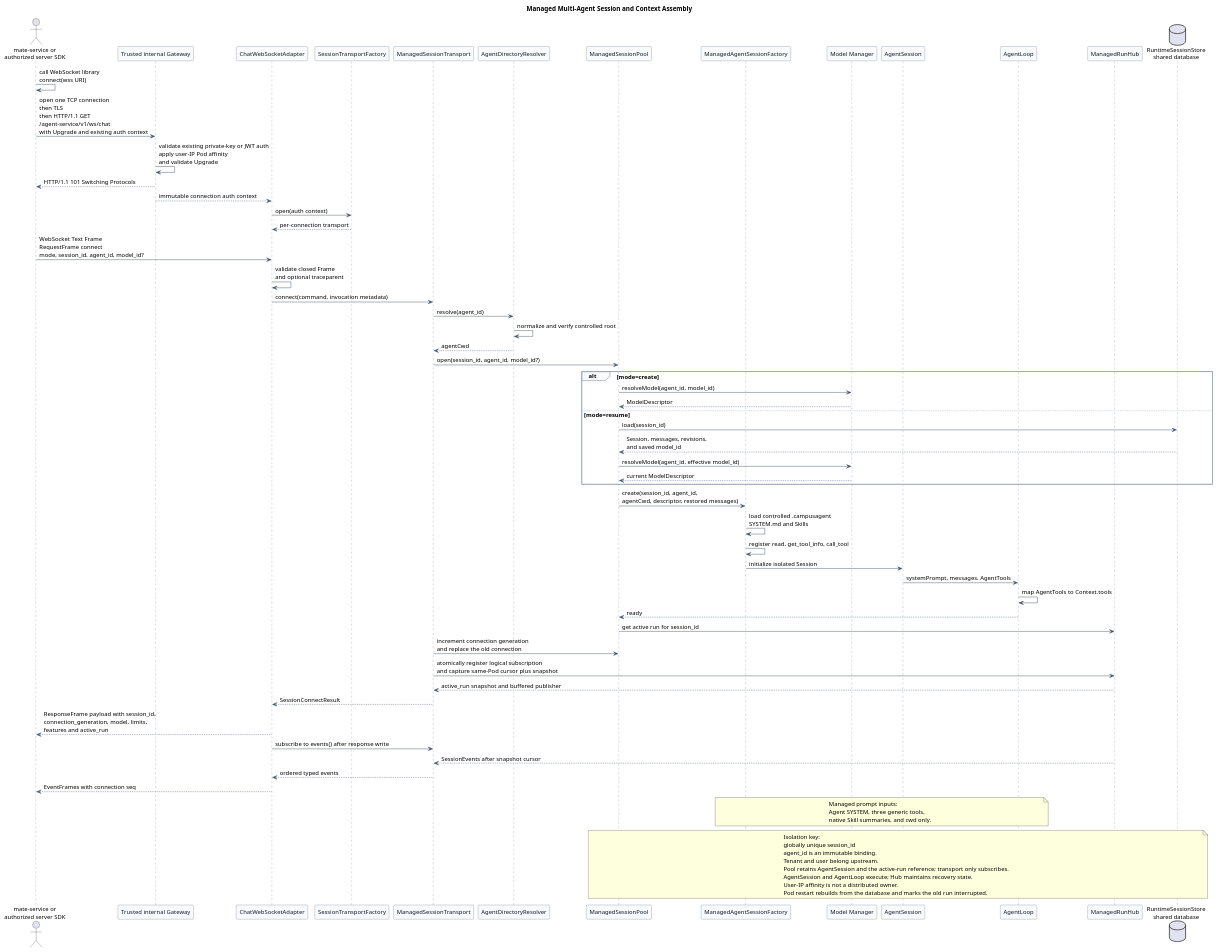
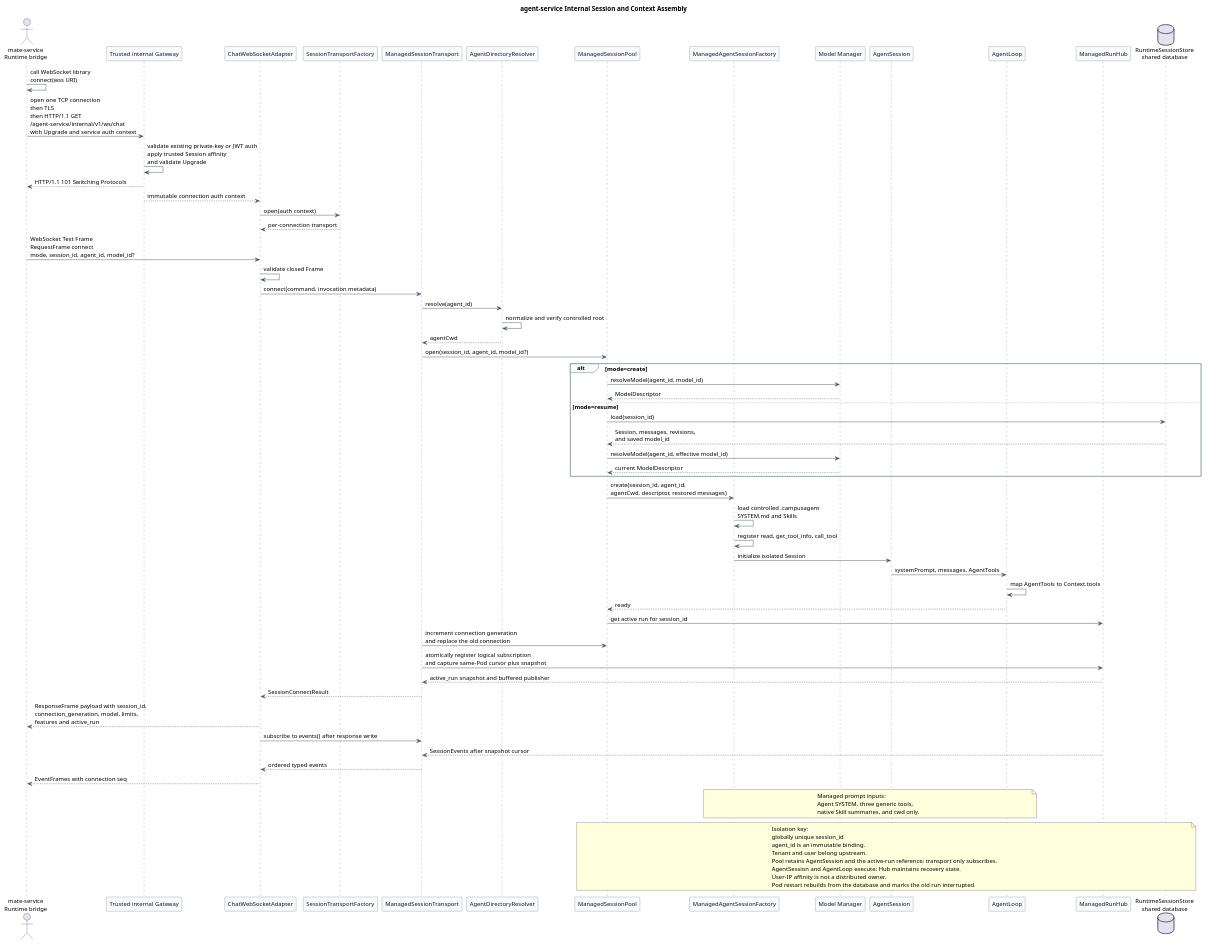
One commit to superheromeZzh/pi-mono-java-design changed the third of 9 diagrams in pi-mono-java-manager-driven-multi-agent-runtime/diagram.puml. Above: the diagram before and after it, drawn with PlantUML. The commit also changed other lines of this file and 35 other files, not shown here.

Commit message:
docs(agent): define public chat gateway boundary

```diff
--- a/pi-mono-java-manager-driven-multi-agent-runtime/diagram.puml
+++ b/pi-mono-java-manager-driven-multi-agent-runtime/diagram.puml
@@ -89,113 +150,113 @@
 @startuml managed_session_context_assembly
-title Managed Multi-Agent Session and Context Assembly
+title agent-service Internal Session and Context Assembly
 
 ' Source evidence:
 ' pi-mono packages/ai/src/types.ts: Context
 ' pi-mono packages/coding-agent/src/core/system-prompt.ts: buildSystemPrompt
 ' pi-mono-java modules/coding-agent-cli/src/main/java/com/campusclaw/codingagent/session/AgentSession.java: initialize
 ' pi-mono-java modules/coding-agent-cli/src/main/java/com/campusclaw/codingagent/mode/server/SessionPool.java: getOrCreate
 ' pi-mono-java modules/coding-agent-cli/src/main/java/com/campusclaw/codingagent/mode/server/ServerMode.java: websocket route
 ' pi-mono-java modules/coding-agent-cli/src/main/java/com/campusclaw/codingagent/mode/server/ChatWebSocketHandler.java: handle
 ' pi-mono-java modules/agent-core/src/main/java/com/campusclaw/agent/loop/AgentLoop.java: invokeModel, toLlmTools
 ' Observed behavior: Java currently reads conversation_id during Upgrade and uses one base cwd.
 ' Java divergence: v2 authenticates Upgrade and maps closed Frames to a server-side SessionTransport.
 ' Architecture change: ManagedSessionTransport owns logical connection state; WebSocket is an adapter.
 ' Target design: globally unique session_id is the only SessionPool key; tenant and user stay upstream.
 ' Target design: a wss URI starts establishment; HTTP 101 establishes WebSocket transport.
 ' Target design: HTTP Upgrade and the first connect RequestFrame are separate protocol phases.
-' Target design: trusted Gateway authentication and user-IP affinity precede agent-service.
+' Target design: mate-service is the internal Runtime client and supplies trusted session-affinity metadata.
 ' Target design: one Pod owns one active connection generation per Session.
 ' Target design: database history is authoritative; no target Session JSONL is generated.
 ' Design reason: isolate prompt, model, tool, persistence, and run recovery across Agents.
 
 skinparam backgroundColor #FFFFFF
 skinparam shadowing false
 skinparam defaultFontName Arial
 skinparam defaultFontSize 13
 skinparam participant {
   BackgroundColor #F8FAFC
   BorderColor #475569
   FontColor #0F172A
 }
 skinparam ArrowColor #475569
 skinparam sequence {
   LifeLineBorderColor #64748B
   LifeLineBackgroundColor #F8FAFC
   GroupBorderColor #94A3B8
   GroupBackgroundColor #F8FAFC
 }
 
-actor "mate-service or\nauthorized server SDK" as Client
+actor "mate-service\nRuntime bridge" as Client
 participant "Trusted internal Gateway" as Auth
 participant "ChatWebSocketAdapter" as WS
 participant "SessionTransportFactory" as TransportFactory
 participant "ManagedSessionTransport" as Transport
 participant "AgentDirectoryResolver" as Resolver
 participant "ManagedSessionPool" as Pool
 participant "ManagedAgentSessionFactory" as Factory
 participant "Model Manager" as ModelManager
 participant "AgentSession" as Session
 participant "AgentLoop" as Loop
 participant "ManagedRunHub" as Hub
 database "RuntimeSessionStore\nshared database" as Store
 
 Client -> Client : call WebSocket library\nconnect(wss URI)
-Client -> Auth : open one TCP connection\nthen TLS\nthen HTTP/1.1 GET\n/agent-service/v1/ws/chat\nwith Upgrade and existing auth context
-Auth -> Auth : validate existing private-key or JWT auth\napply user-IP Pod affinity\nand validate Upgrade
+Client -> Auth : open one TCP connection\nthen TLS\nthen HTTP/1.1 GET\n/agent-service/internal/v1/ws/chat\nwith Upgrade and service auth context
+Auth -> Auth : validate existing private-key or JWT auth\napply trusted Session affinity\nand validate Upgrade
 Auth --> Client : HTTP/1.1 101 Switching Protocols
 Auth --> WS : immutable connection auth context
 WS -> TransportFactory : open(auth context)
 TransportFactory --> WS : per-connection transport
 Client -> WS : WebSocket Text Frame\nRequestFrame connect\nmode, session_id, agent_id, model_id?
-WS -> WS : validate closed Frame\nand optional traceparent
+WS -> WS : validate closed Frame
 WS -> Transport : connect(command, invocation metadata)
 Transport -> Resolver : resolve(agent_id)
 Resolver -> Resolver : normalize and verify controlled root
 Resolver --> Transport : agentCwd
 Transport -> Pool : open(session_id, agent_id, model_id?)
 
 alt mode=create
   Pool -> ModelManager : resolveModel(agent_id, model_id)
   ModelManager --> Pool : ModelDescriptor
 else mode=resume
   Pool -> Store : load(session_id)
   Store --> Pool : Session, messages, revisions,\nand saved model_id
   Pool -> ModelManager : resolveModel(agent_id, effective model_id)
   ModelManager --> Pool : current ModelDescriptor
 end
 
 Pool -> Factory : create(session_id, agent_id,\nagentCwd, descriptor, restored messages)
 Factory -> Factory : load controlled .campusagent\nSYSTEM.md and Skills
 Factory -> Factory : register read, get_tool_info, call_tool
 Factory -> Session : initialize isolated Session
 Session -> Loop : systemPrompt, messages, AgentTools
 Loop -> Loop : map AgentTools to Context.tools
 Loop --> Pool : ready
 Pool -> Hub : get active run for session_id
 Transport -> Pool : increment connection generation\nand replace the old connection
 Transport -> Hub : atomically register logical subscription\nand capture same-Pod cursor plus snapshot
 Hub --> Transport : active_run snapshot and buffered publisher
 Transport --> WS : SessionConnectResult
 WS --> Client : ResponseFrame payload with session_id,\nconnection_generation, model, limits,\nfeatures and active_run
 WS -> Transport : subscribe to events() after response write
 Hub --> Transport : SessionEvents after snapshot cursor
 Transport --> WS : ordered typed events
 WS --> Client : EventFrames with connection seq
 
 note over Factory,Loop
 Managed prompt inputs:
 Agent SYSTEM, three generic tools,
 native Skill summaries, and cwd only.
 end note
 
 note over Pool,Store
 Isolation key:
 globally unique session_id
 agent_id is an immutable binding.
 Tenant and user belong upstream.
 Pool retains AgentSession and the active-run reference; transport only subscribes.
 AgentSession and AgentLoop execute; Hub maintains recovery state.
 User-IP affinity is not a distributed owner.
 Pod restart rebuilds from the database and marks the old run interrupted.
 end note
 @enduml
```
